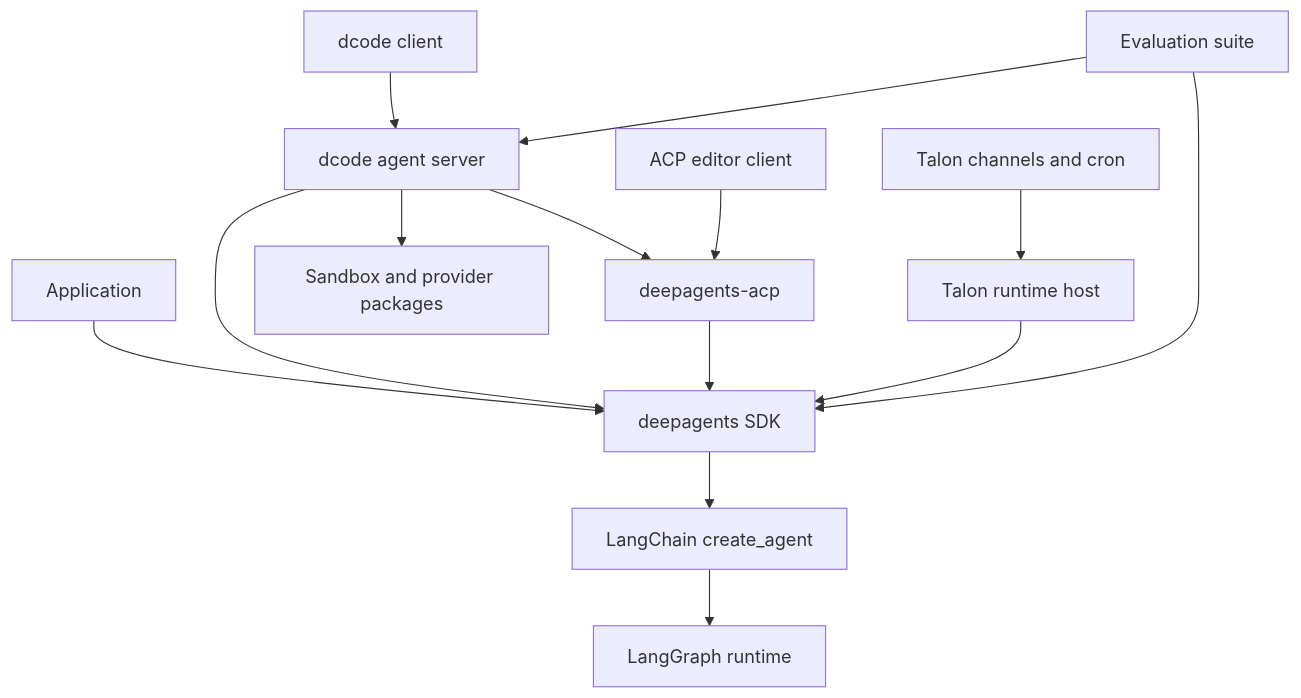
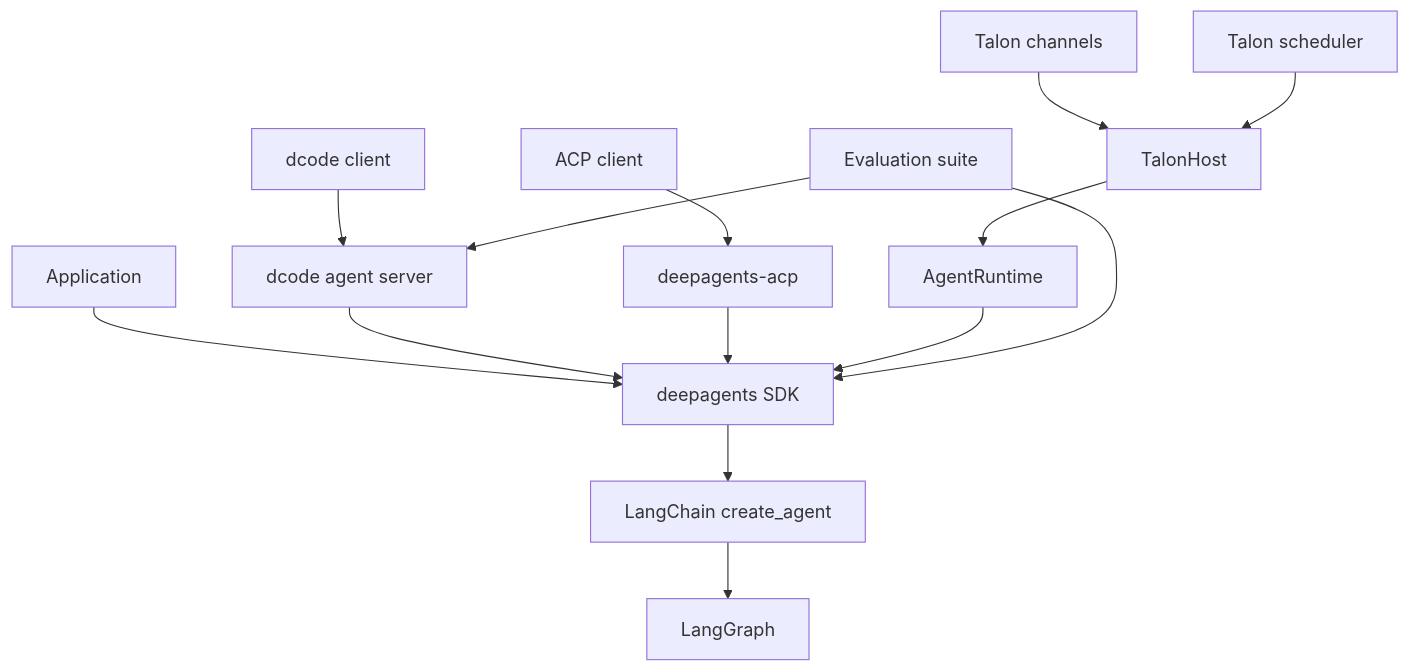
The first of 2 diagrams in openwiki/architecture/overview.md (langchain-ai/deepagents), drawn with Mermaid before and after one commit. The commit also changed other lines of this file and 41 other files, not shown here.

````diff
--- a/openwiki/architecture/overview.md
+++ b/openwiki/architecture/overview.md
@@ -62,16 +70,16 @@
 ```mermaid
 flowchart TD
   App["Application"] --> SDK["deepagents SDK"]
-  CodeClient["dcode client"] --> CodeServer["dcode agent server"]
+  Client["dcode client"] --> CodeServer["dcode agent server"]
   CodeServer --> SDK
-  CodeServer --> ACP["deepagents-acp"]
-  CodeServer --> Partners["Sandbox and provider packages"]
-  Editor["ACP editor client"] --> ACP
+  Editor["ACP client"] --> ACP["deepagents-acp"]
   ACP --> SDK
-  Channels["Talon channels and cron"] --> Talon["Talon runtime host"]
-  Talon --> SDK
+  Channels["Talon channels"] --> Host["TalonHost"]
+  Scheduler["Talon scheduler"] --> Host
+  Host --> Runtime["AgentRuntime"]
+  Runtime --> SDK
   Evals["Evaluation suite"] --> SDK
   Evals --> CodeServer
   SDK --> LangChain["LangChain create_agent"]
-  LangChain --> LangGraph["LangGraph runtime"]
+  LangChain --> LangGraph["LangGraph"]
 ```
````
